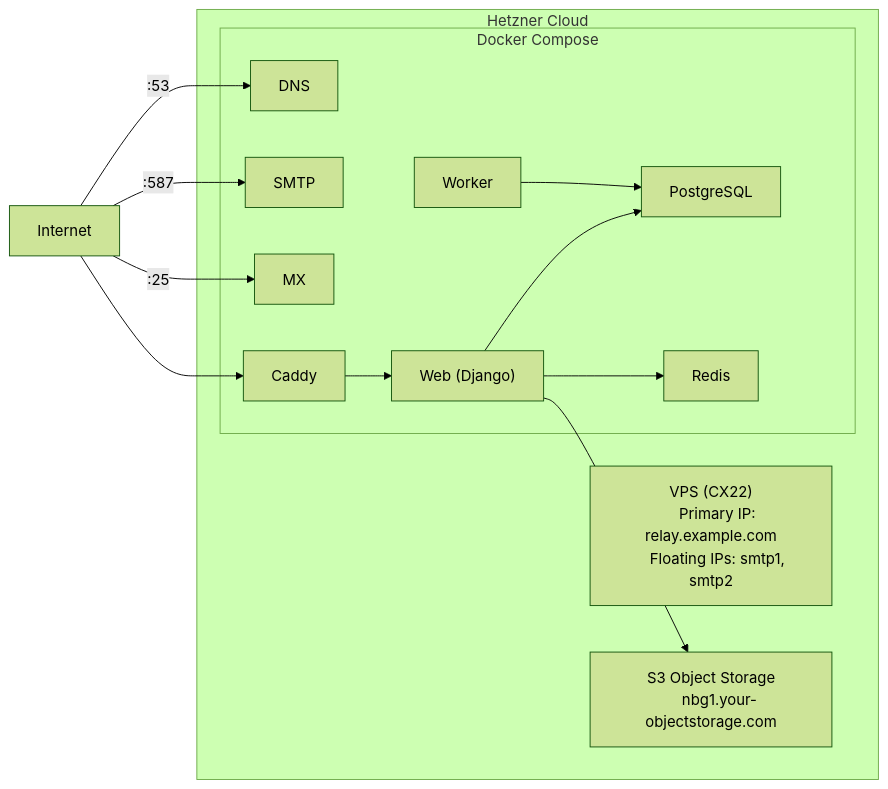
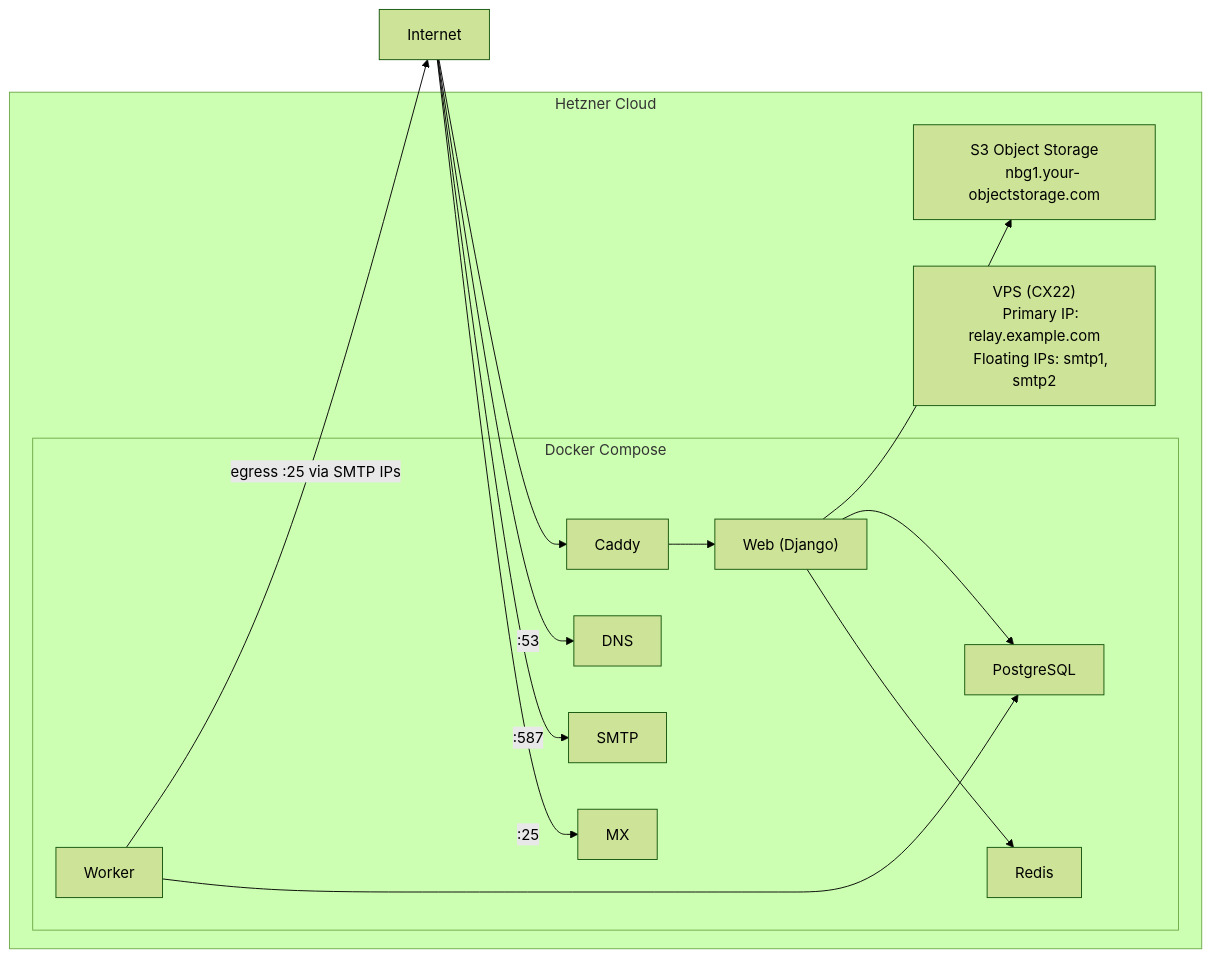
Before and after one commit to codingjoe/relay: the diagram in terraform/README.md, drawn with Mermaid (forest theme). The commit also changed other lines of this file and 5 other files, not shown here.

First line of the commit message:
Egress SMTP traffic through a floating IP pool

````diff
--- a/terraform/README.md
+++ b/terraform/README.md
@@ -9,33 +9,34 @@
 ```mermaid
 flowchart LR
   internet["Internet"]
 
   subgraph hetzner["Hetzner Cloud"]
     server["VPS (CX22)
     Primary IP: relay.example.com
     Floating IPs: smtp1, smtp2"]
 
     subgraph docker["Docker Compose"]
       web["Web (Django)"]
       dns["DNS"]
       smtp["SMTP"]
       mx["MX"]
       worker["Worker"]
       pg["PostgreSQL"]
       redis["Redis"]
       caddy["Caddy"]
     end
 
     s3["S3 Object Storage
     nbg1.your-objectstorage.com"]
   end
 
   internet --> caddy --> web
   internet -->|:53| dns
   internet -->|:587| smtp
   internet -->|:25| mx
   web --> s3
   web --> pg
   web --> redis
+  worker -->|"egress :25 via SMTP IPs"| internet
   worker --> pg
 ```
````
